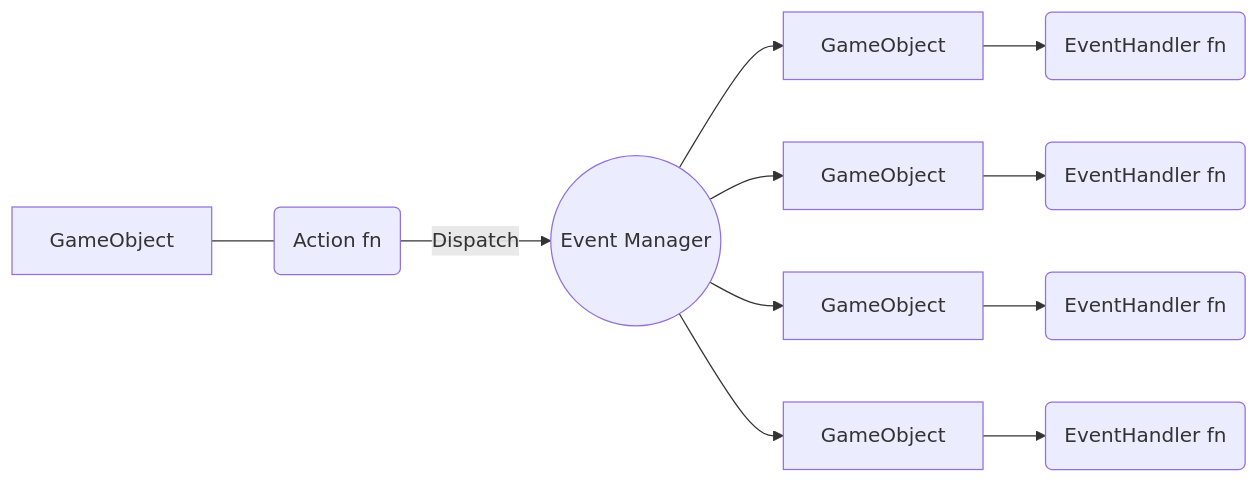
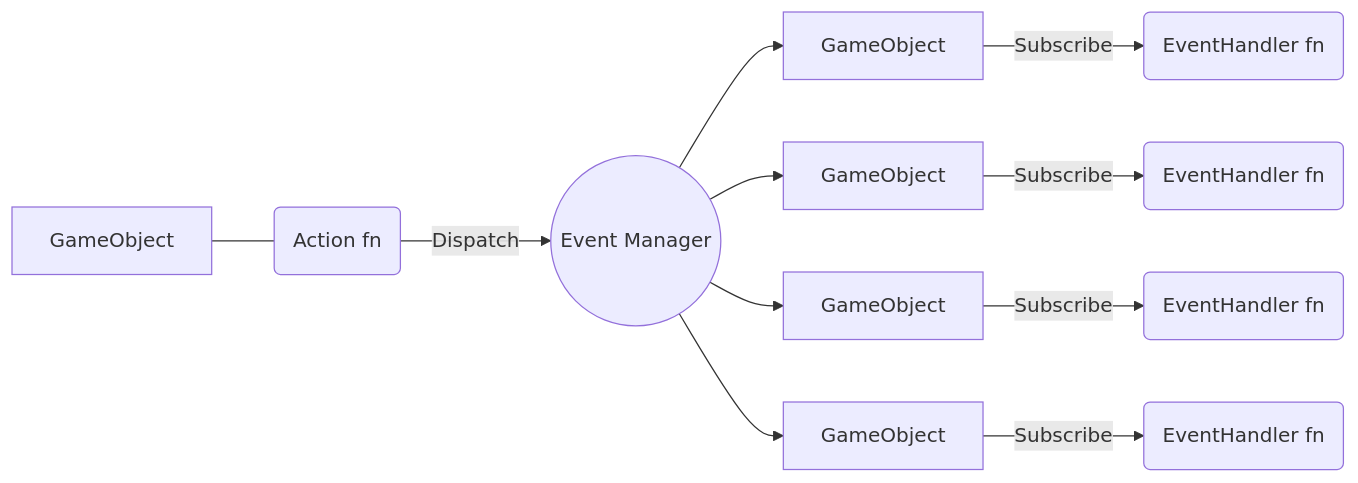
The diagram in README.md (gsg-jay/GamePatterns), drawn with Mermaid before and after one commit.

````diff
--- a/README.md
+++ b/README.md
@@ -3,9 +3,9 @@
 ```mermaid
 graph LR;
 c0["GameObject"]---a
 a("Action fn")-->|Dispatch|em(("Event Manager"))
-em-->c1["GameObject"]-->eh1("EventHandler fn")
-em-->c2["GameObject"]-->eh2("EventHandler fn")
-em-->c3["GameObject"]-->eh3("EventHandler fn")
-em-->c4["GameObject"]-->eh4("EventHandler fn")
+em-->c1["GameObject"]-->|Subscribe|eh1("EventHandler fn")
+em-->c2["GameObject"]-->|Subscribe|eh2("EventHandler fn")
+em-->c3["GameObject"]-->|Subscribe|eh3("EventHandler fn")
+em-->c4["GameObject"]-->|Subscribe|eh4("EventHandler fn")
 ```
````
